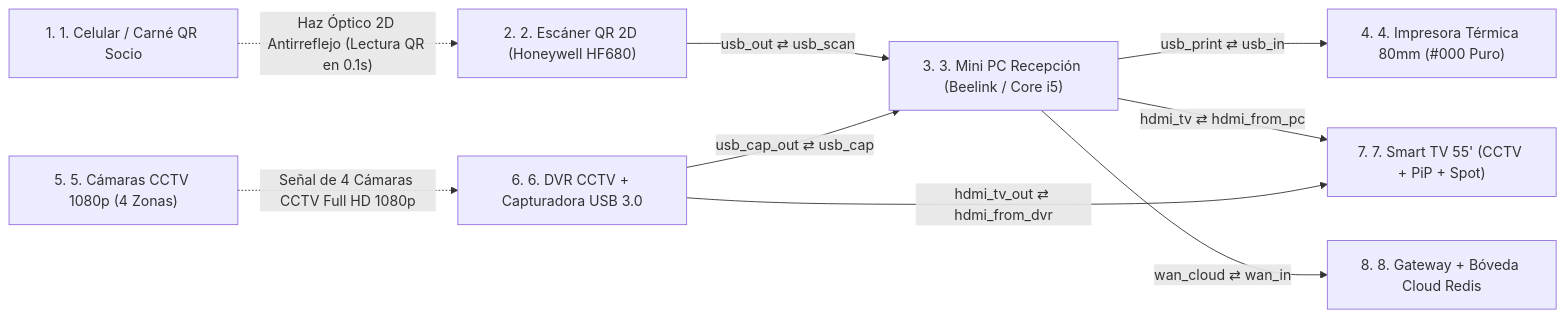
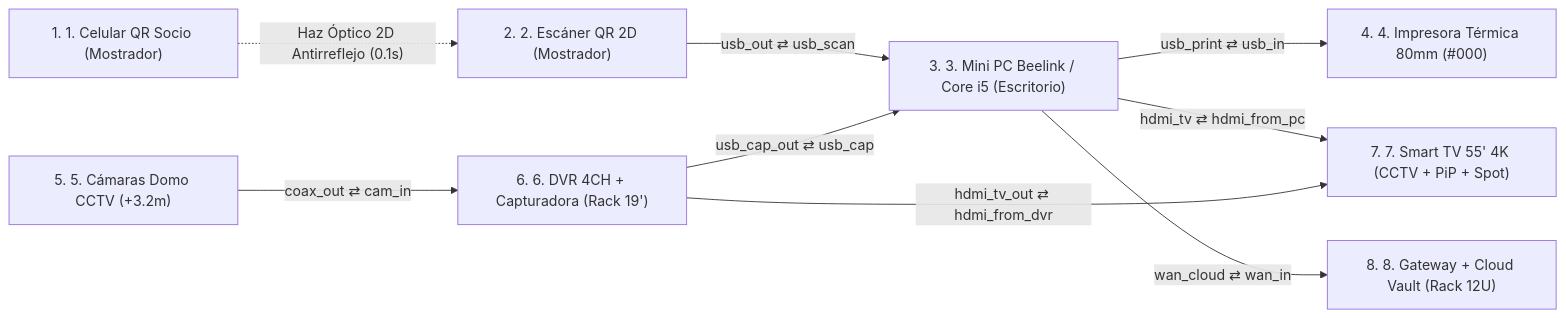
Before and after one commit to YUQUI15/rd-fitness: the diagram in public/anatomy/REPORT.md, drawn with Mermaid. The commit also changed other lines of this file and 14 other files, not shown here.

Commit message:
feat(anatomy3d-v3): upgrade RD Fitness Club 3D interactive machine to Anatomy3D v3.0 with real architectural environments, true-scale CHASSIS_RANKS proportions, roof/rack/desk elevation & 100/100 audit

````diff
--- a/public/anatomy/REPORT.md
+++ b/public/anatomy/REPORT.md
@@ -22,19 +22,19 @@
 ```mermaid
 flowchart LR
-  member_phone["1. 1. Celular / Carné QR Socio"]
-  scanner_2d["2. 2. Escáner QR 2D (Honeywell HF680)"]
-  minipc_pos["3. 3. Mini PC Recepción (Beelink / Core i5)"]
-  thermal_printer["4. 4. Impresora Térmica 80mm (#000 Puro)"]
-  cctv_dome["5. 5. Cámaras CCTV 1080p (4 Zonas)"]
-  dvr_capture["6. 6. DVR CCTV + Capturadora USB 3.0"]
-  smart_tv_55["7. 7. Smart TV 55' (CCTV + PiP + Spot)"]
-  cloud_vault["8. 8. Gateway + Bóveda Cloud Redis"]
+  member_phone["1. 1. Celular QR Socio (Mostrador)"]
+  scanner_2d["2. 2. Escáner QR 2D (Mostrador)"]
+  minipc_pos["3. 3. Mini PC Beelink / Core i5 (Escritorio)"]
+  thermal_printer["4. 4. Impresora Térmica 80mm (#000)"]
+  cctv_dome["5. 5. Cámaras Domo CCTV (+3.2m)"]
+  dvr_capture["6. 6. DVR 4CH + Capturadora (Rack 19')"]
+  smart_tv_55["7. 7. Smart TV 55' 4K (CCTV + PiP + Spot)"]
+  cloud_vault["8. 8. Gateway + Cloud Vault (Rack 12U)"]
   scanner_2d -- "usb_out ⇄ usb_scan" --> minipc_pos
   minipc_pos -- "usb_print ⇄ usb_in" --> thermal_printer
+  cctv_dome -- "coax_out ⇄ cam_in" --> dvr_capture
   dvr_capture -- "usb_cap_out ⇄ usb_cap" --> minipc_pos
   minipc_pos -- "hdmi_tv ⇄ hdmi_from_pc" --> smart_tv_55
   dvr_capture -- "hdmi_tv_out ⇄ hdmi_from_dvr" --> smart_tv_55
   minipc_pos -- "wan_cloud ⇄ wan_in" --> cloud_vault
-  member_phone -. "Haz Óptico 2D Antirreflejo (Lectura QR en 0.1s)" .-> scanner_2d
-  cctv_dome -. "Señal de 4 Cámaras CCTV Full HD 1080p" .-> dvr_capture
+  member_phone -. "Haz Óptico 2D Antirreflejo (0.1s)" .-> scanner_2d
 ```
````
